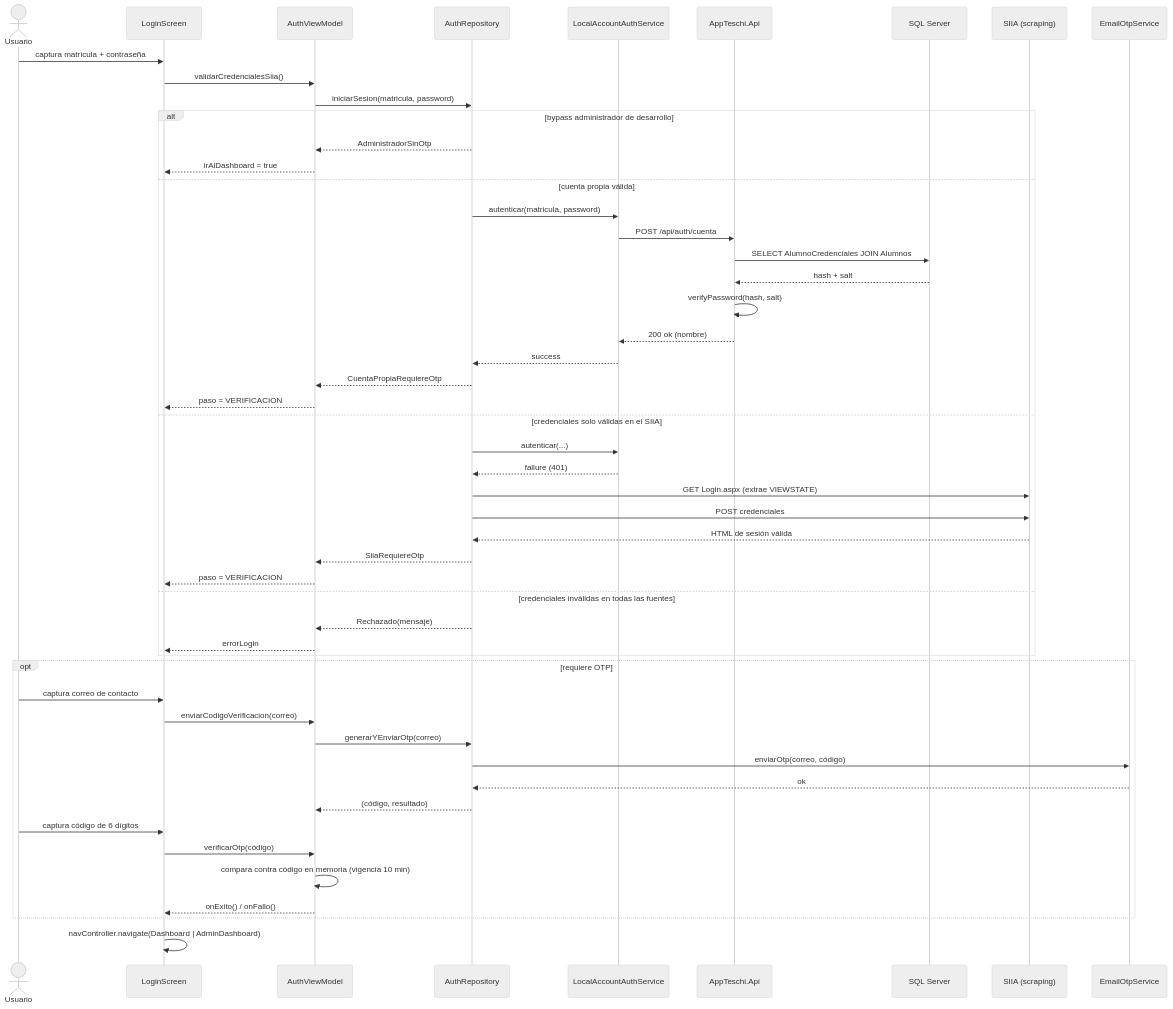
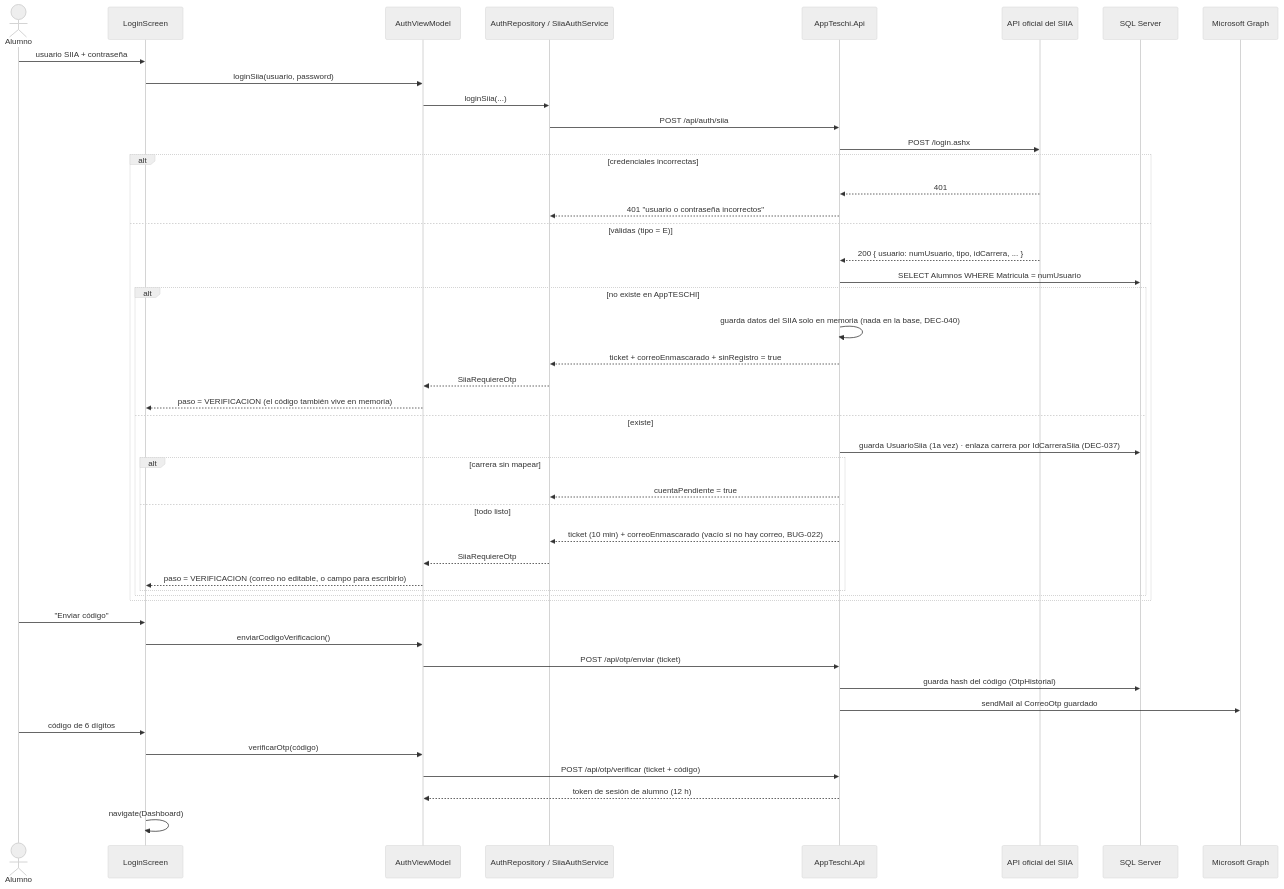
The first of 6 diagrams in Cerebro_AppEscolar/09_ANALISIS_Y_DISENO/03_Diagramas_Secuencia.md (KevinSV-asv/App-Teschi), drawn with Mermaid (neutral theme) before and after one commit. The commit also changed other lines of this file and 220 other files, not shown here.

First line of the commit message:
feat: app 2.4 directo al SIIA, con finales, kardex y seguridad de la cuenta

````diff
--- a/Cerebro_AppEscolar/09_ANALISIS_Y_DISENO/03_Diagramas_Secuencia.md
+++ b/Cerebro_AppEscolar/09_ANALISIS_Y_DISENO/03_Diagramas_Secuencia.md
@@ -10,57 +16,50 @@
 ```mermaid
 sequenceDiagram
-    actor U as Usuario
+    actor U as Alumno
     participant LS as LoginScreen
     participant VM as AuthViewModel
-    participant AR as AuthRepository
-    participant LA as LocalAccountAuthService
+    participant AR as AuthRepository / SiiaAuthService
     participant API as AppTeschi.Api
+    participant SIIA as API oficial del SIIA
     participant DB as SQL Server
-    participant SIIA as SIIA (scraping)
-    participant OTP as EmailOtpService
+    participant MG as Microsoft Graph
 
-    U->>LS: captura matrícula + contraseña
-    LS->>VM: validarCredencialesSiia()
-    VM->>AR: iniciarSesion(matricula, password)
-
-    alt bypass administrador de desarrollo
-        AR-->>VM: AdministradorSinOtp
-        VM-->>LS: irAlDashboard = true
-    else cuenta propia válida
-        AR->>LA: autenticar(matricula, password)
-        LA->>API: POST /api/auth/cuenta
-        API->>DB: SELECT AlumnoCredenciales JOIN Alumnos
-        DB-->>API: hash + salt
-        API->>API: verifyPassword(hash, salt)
-        API-->>LA: 200 ok (nombre)
-        LA-->>AR: success
-        AR-->>VM: CuentaPropiaRequiereOtp
-        VM-->>LS: paso = VERIFICACION
-    else credenciales solo válidas en el SIIA
-        AR->>LA: autenticar(...)
-        LA-->>AR: failure (401)
-        AR->>SIIA: GET Login.aspx (extrae VIEWSTATE)
-        AR->>SIIA: POST credenciales
-        SIIA-->>AR: HTML de sesión válida
-        AR-->>VM: SiiaRequiereOtp
-        VM-->>LS: paso = VERIFICACION
-    else credenciales inválidas en todas las fuentes
-        AR-->>VM: Rechazado(mensaje)
-        VM-->>LS: errorLogin
+    U->>LS: usuario SIIA + contraseña
+    LS->>VM: loginSiia(usuario, password)
+    VM->>AR: loginSiia(...)
+    AR->>API: POST /api/auth/siia
+    API->>SIIA: POST /login.ashx
+    alt credenciales incorrectas
+        SIIA-->>API: 401
+        API-->>AR: 401 "usuario o contraseña incorrectos"
+    else válidas (tipo = E)
+        SIIA-->>API: 200 { usuario: numUsuario, tipo, idCarrera, ... }
+        API->>DB: SELECT Alumnos WHERE Matricula = numUsuario
+        alt no existe en AppTESCHI
+            API->>API: guarda datos del SIIA solo en memoria (nada en la base, DEC-040)
+            API-->>AR: ticket + correoEnmascarado + sinRegistro = true
+            AR-->>VM: SiiaRequiereOtp
+            VM-->>LS: paso = VERIFICACION (el código también vive en memoria)
+        else existe
+            API->>DB: guarda UsuarioSiia (1a vez) · enlaza carrera por IdCarreraSiia (DEC-037)
+            alt carrera sin mapear
+                API-->>AR: cuentaPendiente = true
+            else todo listo
+                API-->>AR: ticket (10 min) + correoEnmascarado (vacío si no hay correo, BUG-022)
+                AR-->>VM: SiiaRequiereOtp
+                VM-->>LS: paso = VERIFICACION (correo no editable, o campo para escribirlo)
+            end
+        end
     end
 
-    opt requiere OTP
-        U->>LS: captura correo de contacto
-        LS->>VM: enviarCodigoVerificacion(correo)
-        VM->>AR: generarYEnviarOtp(correo)
-        AR->>OTP: enviarOtp(correo, código)
-        OTP-->>AR: ok
-        AR-->>VM: (código, resultado)
-        U->>LS: captura código de 6 dígitos
-        LS->>VM: verificarOtp(código)
-        VM->>VM: compara contra código en memoria (vigencia 10 min)
-        VM-->>LS: onExito() / onFallo()
-    end
-
-    LS->>LS: navController.navigate(Dashboard | AdminDashboard)
+    U->>LS: "Enviar código"
+    LS->>VM: enviarCodigoVerificacion()
+    VM->>API: POST /api/otp/enviar (ticket)
+    API->>DB: guarda hash del código (OtpHistorial)
+    API->>MG: sendMail al CorreoOtp guardado
+    U->>LS: código de 6 dígitos
+    LS->>VM: verificarOtp(código)
+    VM->>API: POST /api/otp/verificar (ticket + código)
+    API-->>VM: token de sesión de alumno (12 h)
+    LS->>LS: navigate(Dashboard)
 ```
````
